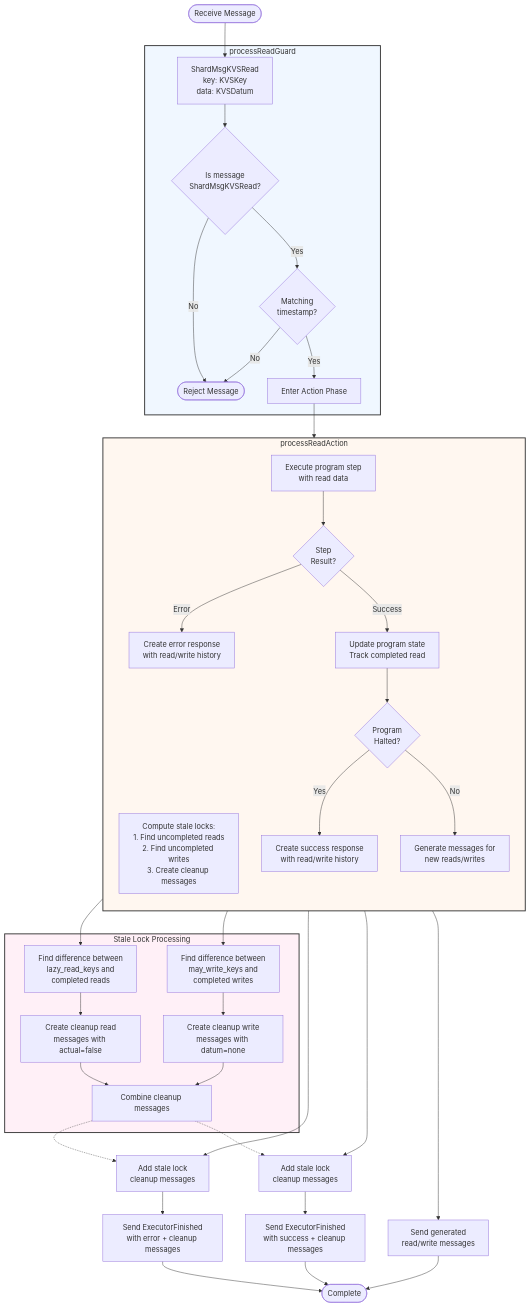
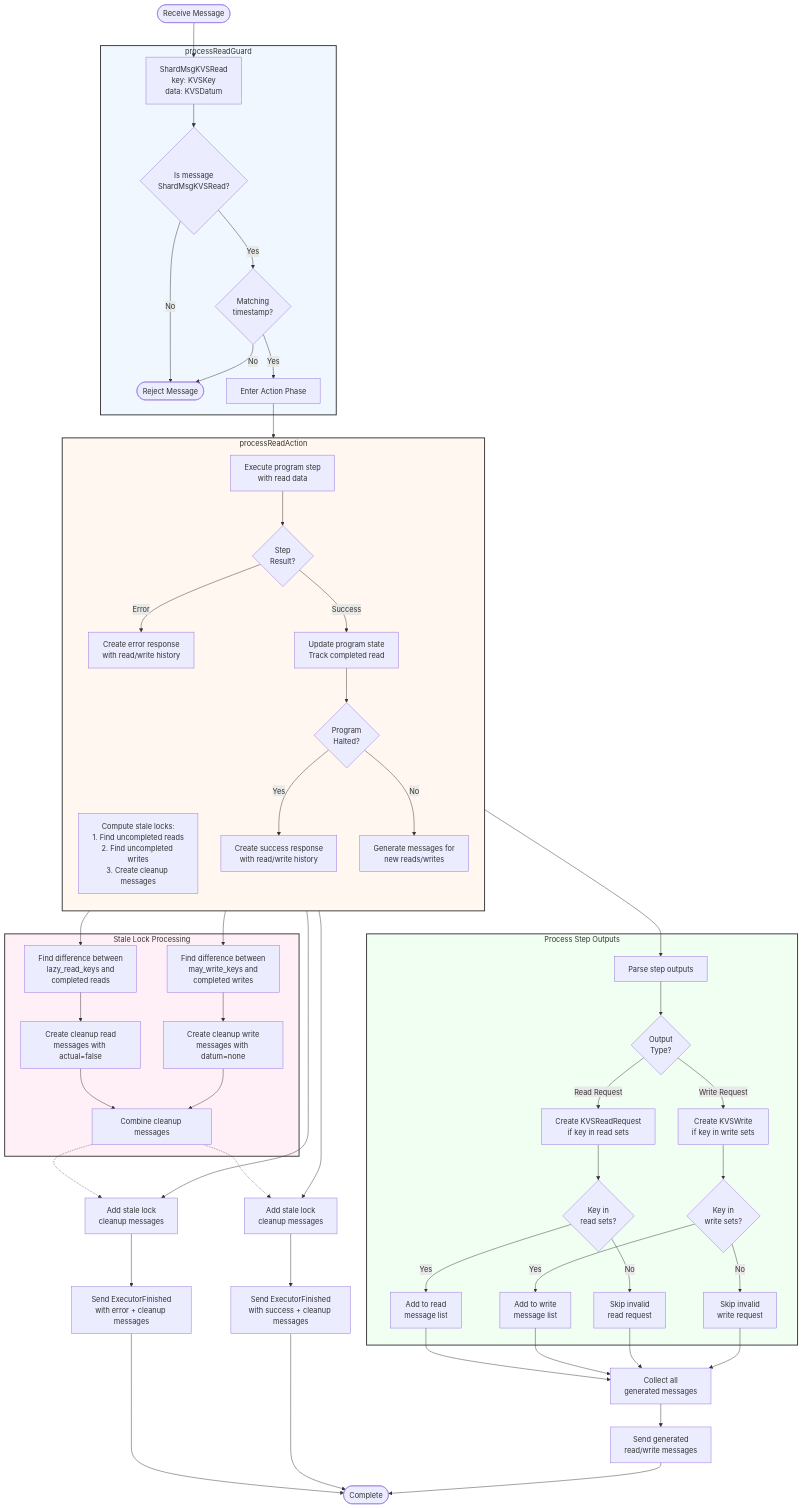
Before and after one commit to anoma/nspec: the diagram in docs/arch/node/engines/executor_behaviour.juvix.md, drawn with Mermaid.

Commit message:
merge flow graphs

````diff
--- a/docs/arch/node/engines/executor_behaviour.juvix.md
+++ b/docs/arch/node/engines/executor_behaviour.juvix.md
@@ -405,50 +405,72 @@
 ```mermaid
 flowchart TD
     Start([Receive Message]) --> Msg[ShardMsgKVSRead<br/>key: KVSKey<br/>data: KVSDatum]
     
     subgraph Guard["processReadGuard"]
         Msg --> CheckMsg{Is message<br/>ShardMsgKVSRead?}
         CheckMsg -->|No| Reject([Reject Message])
         CheckMsg -->|Yes| ValidTS{Matching<br/>timestamp?}
         ValidTS -->|No| Reject
         ValidTS -->|Yes| ActionEntry[Enter Action Phase]
     end
     
     ActionEntry --> Action
 
     subgraph Action["processReadAction"]
         direction TB
         ComputeStale["Compute stale locks:<br/>1. Find uncompleted reads<br/>2. Find uncompleted writes<br/>3. Create cleanup messages"]
         ExecStep[Execute program step<br/>with read data]
         ExecStep --> StepResult{Step<br/>Result?}
         StepResult -->|Error| ErrBranch[Create error response<br/>with read/write history]
         StepResult -->|Success| SuccessBranch[Update program state<br/>Track completed read]
         SuccessBranch --> CheckHalt{Program<br/>Halted?}
         CheckHalt -->|Yes| FinishOk[Create success response<br/>with read/write history]
         CheckHalt -->|No| GenMsgs[Generate messages for<br/>new reads/writes]
     end
 
     ErrBranch --> AddStaleErr[Add stale lock<br/>cleanup messages]
     FinishOk --> AddStaleOk[Add stale lock<br/>cleanup messages]
+
+    GenMsgs --> Parse[Parse step outputs]
+    
+    subgraph ProcessOutputs["Process Step Outputs"]
+        Parse --> CheckType{Output<br/>Type?}
+        CheckType -->|Read Request| ReadBranch[Create KVSReadRequest<br/>if key in read sets]
+        CheckType -->|Write Request| WriteBranch[Create KVSWrite<br/>if key in write sets]
+        
+        ReadBranch --> ValidRead{Key in<br/>read sets?}
+        ValidRead -->|Yes| AddRead[Add to read<br/>message list]
+        ValidRead -->|No| SkipRead[Skip invalid<br/>read request]
+        
+        WriteBranch --> ValidWrite{Key in<br/>write sets?}
+        ValidWrite -->|Yes| AddWrite[Add to write<br/>message list]
+        ValidWrite -->|No| SkipWrite[Skip invalid<br/>write request]
+    end
+    
+    AddRead --> Collect[Collect all<br/>generated messages]
+    AddWrite --> Collect
+    SkipRead --> Collect
+    SkipWrite --> Collect
     
     subgraph StaleComputation["Stale Lock Processing"]
         ComputeStale --> FindReads[Find difference between<br/>lazy_read_keys and<br/>completed reads]
         ComputeStale --> FindWrites[Find difference between<br/>may_write_keys and<br/>completed writes]
         FindReads --> CreateRead[Create cleanup read<br/>messages with actual=false]
         FindWrites --> CreateWrite[Create cleanup write<br/>messages with datum=none]
         CreateRead & CreateWrite --> CombineMsgs[Combine cleanup messages]
     end
 
     CombineMsgs -.-> AddStaleErr
     CombineMsgs -.-> AddStaleOk
 
     AddStaleErr --> NotifyFail[Send ExecutorFinished<br/>with error + cleanup messages]
     AddStaleOk --> NotifySuccess[Send ExecutorFinished<br/>with success + cleanup messages]
-    GenMsgs --> SendMsgs[Send generated<br/>read/write messages]
+    Collect --> SendMsgs[Send generated<br/>read/write messages]
     
     NotifyFail & NotifySuccess & SendMsgs --> End([Complete])
     
     style Guard fill:#f0f7ff,stroke:#333,stroke-width:2px
     style Action fill:#fff7f0,stroke:#333,stroke-width:2px
+    style ProcessOutputs fill:#f0fff2,stroke:#333,stroke-width:2px
     style StaleComputation fill:#fff0f7,stroke:#333,stroke-width:2px
 ```
````
